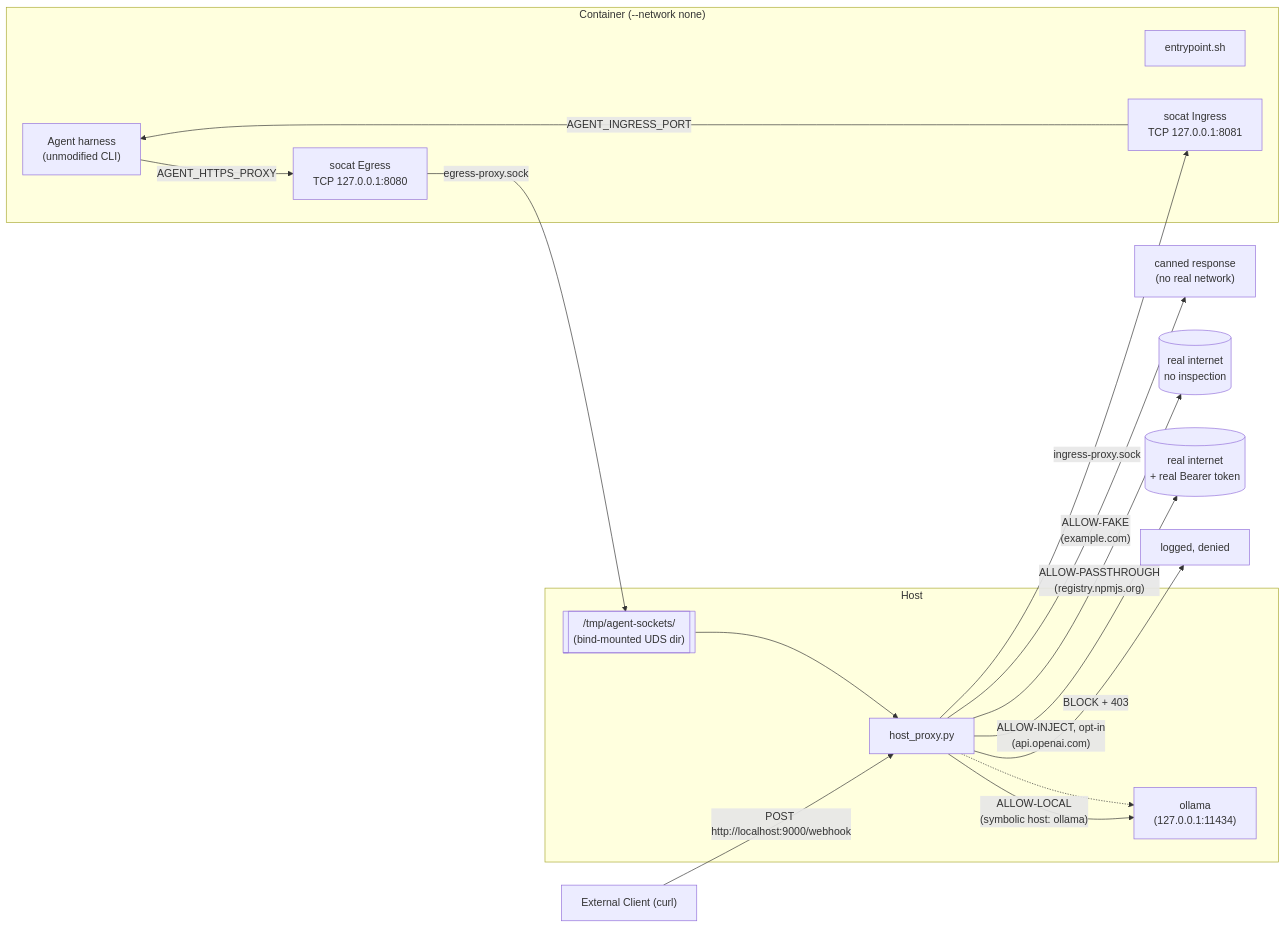
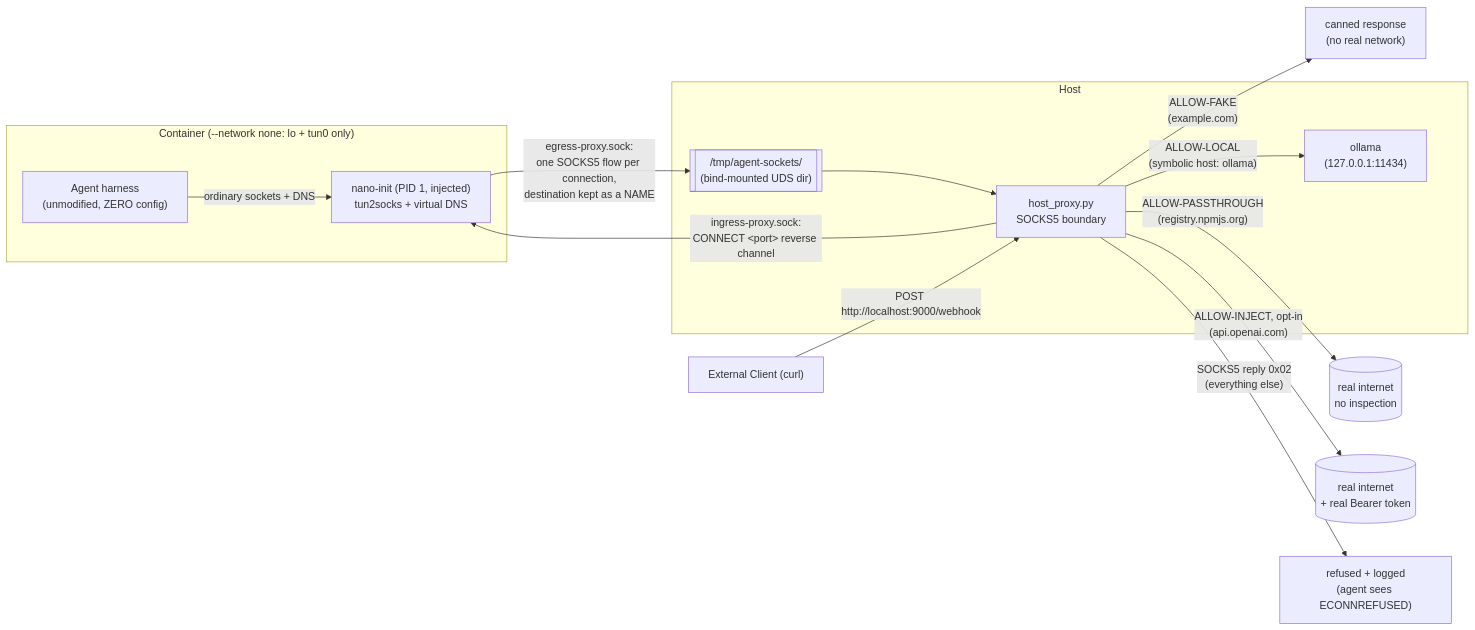
Before and after one commit to aojea/agents.net: the diagram in demo/README.md, drawn with Mermaid. The commit also changed other lines of this file and 11 other files, not shown here.

````diff
--- a/demo/README.md
+++ b/demo/README.md
@@ -17,26 +17,22 @@
 ```mermaid
 flowchart LR
-    subgraph sandbox["Container (--network none)"]
-        harness["Agent harness\n(unmodified CLI)"]
-        entrypoint["entrypoint.sh"]
-        socat_e["socat Egress\nTCP 127.0.0.1:8080"]
-        socat_i["socat Ingress\nTCP 127.0.0.1:8081"]
-        harness -- "AGENT_HTTPS_PROXY" --> socat_e
-        socat_i -- "AGENT_INGRESS_PORT" --> harness
+    subgraph sandbox["Container (--network none: lo + tun0 only)"]
+        harness["Agent harness\n(unmodified, ZERO config)"]
+        nano["nano-init (PID 1, injected)\ntun2socks + virtual DNS"]
+        harness -- "ordinary sockets + DNS" --> nano
     end
     subgraph host["Host"]
         sockets[["/tmp/agent-sockets/\n(bind-mounted UDS dir)"]]
-        proxy["host_proxy.py"]
+        proxy["host_proxy.py\nSOCKS5 boundary"]
         ollama["ollama\n(127.0.0.1:11434)"]
         sockets --> proxy
-        proxy -.-> ollama
     end
-    socat_e -- "egress-proxy.sock" --> sockets
-    proxy -- "ingress-proxy.sock" --> socat_i
+    nano -- "egress-proxy.sock:\none SOCKS5 flow per connection,\ndestination kept as a NAME" --> sockets
+    proxy -- "ingress-proxy.sock:\nCONNECT &lt;port&gt; reverse channel" --> nano
     proxy -- "ALLOW-FAKE\n(example.com)" --> canned["canned response\n(no real network)"]
     proxy -- "ALLOW-LOCAL\n(symbolic host: ollama)" --> ollama
     proxy -- "ALLOW-PASSTHROUGH\n(registry.npmjs.org)" --> real1[("real internet\nno inspection")]
     proxy -- "ALLOW-INJECT, opt-in\n(api.openai.com)" --> real2[("real internet\n+ real Bearer token")]
-    proxy -- "BLOCK + 403" --> nowhere["logged, denied"]
+    proxy -- "SOCKS5 reply 0x02\n(everything else)" --> nowhere["refused + logged\n(agent sees ECONNREFUSED)"]
     ext["External Client (curl)"] -- "POST http://localhost:9000/webhook" --> proxy
 ```
````
